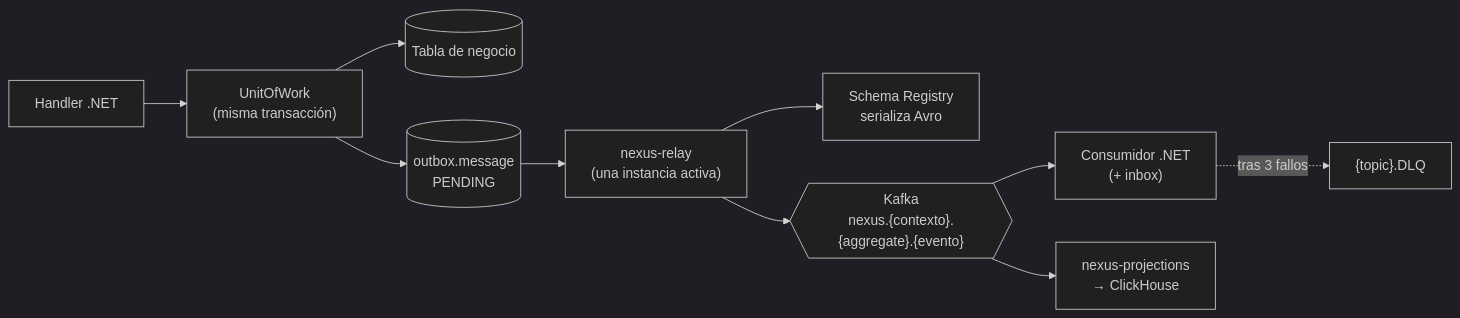
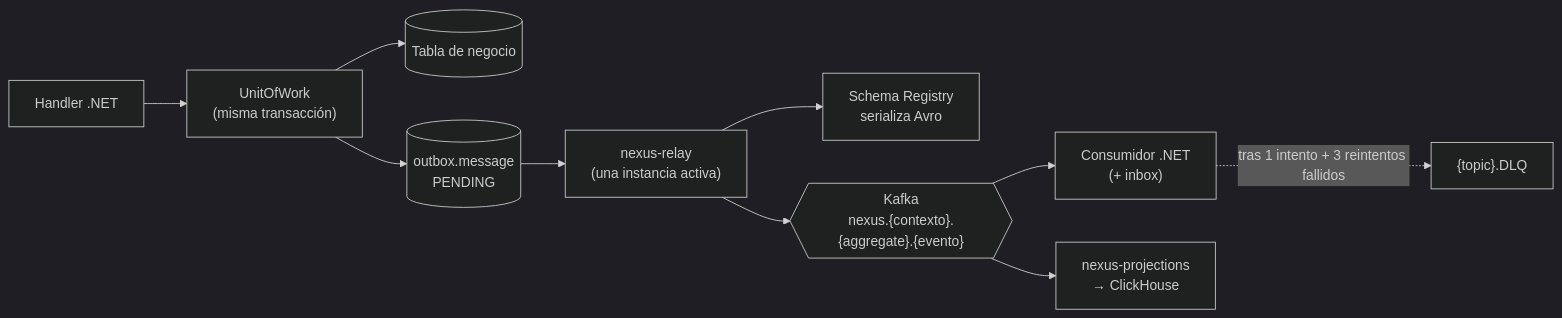
One commit to larrezze-dev/Nexus changed the diagram in docs/00-foundation/conventions-events.md. Above: the diagram before and after it, drawn with Mermaid (dark theme). The commit also changed other lines of this file and 46 other files, not shown here.

````diff
--- a/docs/00-foundation/conventions-events.md
+++ b/docs/00-foundation/conventions-events.md
@@ -7,12 +7,12 @@
 ```mermaid
 flowchart LR
     H["Handler .NET"] --> UOW["UnitOfWork\n(misma transacción)"]
     UOW --> T[("Tabla de negocio")]
     UOW --> O[("outbox.message\nPENDING")]
     O --> R["nexus-relay\n(una instancia activa)"]
     R --> SR["Schema Registry\nserializa Avro"]
     R --> K{{"Kafka\nnexus.{contexto}.{aggregate}.{evento}"}}
     K --> C1["Consumidor .NET\n(+ inbox)"]
     K --> C2["nexus-projections\n→ ClickHouse"]
-    C1 -. tras 3 fallos .-> DLQ["{topic}.DLQ"]
+    C1 -. tras 1 intento + 3 reintentos fallidos .-> DLQ["{topic}.DLQ"]
 ```
````
